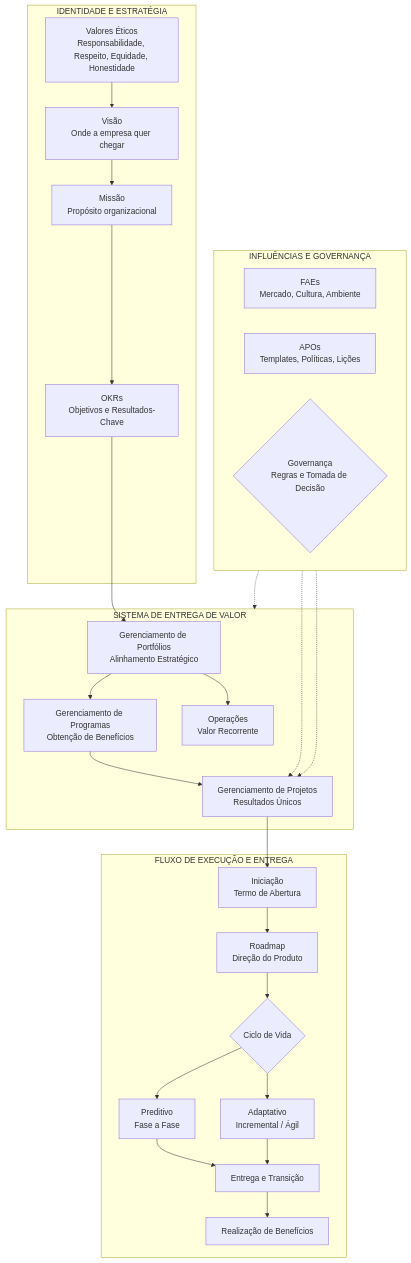
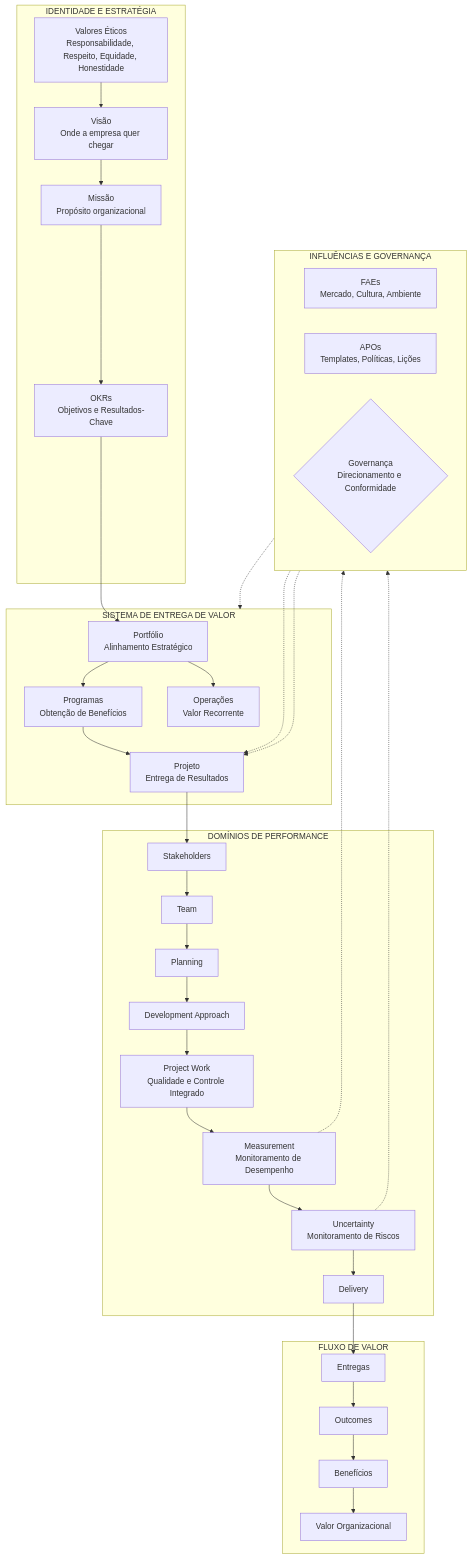
One commit to evandromucha/PM changed the diagram in ORG.md. Above: the diagram before and after it, drawn with Mermaid.

Commit message:
Update governance and delivery value sections in ORG.md

````diff
--- a/ORG.md
+++ b/ORG.md
@@ -1,58 +1,67 @@
 ```mermaid
 flowchart TD
 
 %% IDENTIDADE E ESTRATÉGIA
 subgraph Estrategia [IDENTIDADE E ESTRATÉGIA]
     VAL["Valores Éticos<br>Responsabilidade, Respeito, Equidade, Honestidade"]
     VIS["Visão<br>Onde a empresa quer chegar"]
     MIS["Missão<br>Propósito organizacional"]
     OKR["OKRs<br>Objetivos e Resultados-Chave"]
 
     VAL --> VIS --> MIS --> OKR
 end
 
 %% INFLUÊNCIAS E GOVERNANÇA
 subgraph Influencias [INFLUÊNCIAS E GOVERNANÇA]
     direction LR
     FAE["FAEs<br>Mercado, Cultura, Ambiente"]
     APO["APOs<br>Templates, Políticas, Lições"]
-    GOV{"Governança<br>Regras e Tomada de Decisão"}
+    GOV{"Governança<br>Direcionamento e Conformidade"}
 end
 
 %% SISTEMA DE ENTREGA DE VALOR
 subgraph GOP [SISTEMA DE ENTREGA DE VALOR]
-    PORT["Gerenciamento de Portfólios<br>Alinhamento Estratégico"]
-    PROG["Gerenciamento de Programas<br>Obtenção de Benefícios"]
-    PROJ["Gerenciamento de Projetos<br>Resultados Únicos"]
+    PORT["Portfólio<br>Alinhamento Estratégico"]
+    PROG["Programas<br>Obtenção de Benefícios"]
+    PROJ["Projeto<br>Entrega de Resultados"]
     OPER["Operações<br>Valor Recorrente"]
 
     PORT --> PROG
     PROG --> PROJ
     PORT --> OPER
 end
 
-%% FLUXO DE EXECUÇÃO
-subgraph Fluxo [FLUXO DE EXECUÇÃO E ENTREGA]
-    START["Iniciação<br>Termo de Abertura"]
-    ROAD["Roadmap<br>Direção do Produto"]
-    LIFE{"Ciclo de Vida"}
-    PRED["Preditivo<br>Fase a Fase"]
-    ADAP["Adaptativo<br>Incremental / Ágil"]
-    ENTREGA["Entrega e Transição"]
-    BENE["Realização de Benefícios"]
+%% DOMÍNIOS DE PERFORMANCE DO PROJETO (PMBOK 7)
+subgraph Dominios [DOMÍNIOS DE PERFORMANCE]
+    STK["Stakeholders"]
+    TEAM["Team"]
+    PLAN["Planning"]
+    DEV["Development Approach"]
+    WORK["Project Work<br>Qualidade e Controle Integrado"]
+    MEAS["Measurement<br>Monitoramento de Desempenho"]
+    UNC["Uncertainty<br>Monitoramento de Riscos"]
+    DEL["Delivery"]
 
-    START --> ROAD --> LIFE
-    LIFE --> PRED
-    LIFE --> ADAP
-    PRED --> ENTREGA
-    ADAP --> ENTREGA
-    ENTREGA --> BENE
+    STK --> TEAM --> PLAN --> DEV --> WORK --> MEAS --> UNC --> DEL
 end
 
-%% CONEXÕES ENTRE CAMADAS
+%% FLUXO DE VALOR
+subgraph Valor [FLUXO DE VALOR]
+    ENT["Entregas"]
+    OUT["Outcomes"]
+    BEN["Benefícios"]
+    VALOR["Valor Organizacional"]
+
+    ENT --> OUT --> BEN --> VALOR
+end
+
+%% CONEXÕES
 OKR --> PORT
-PROJ --> START
+PROJ --> STK
 FAE -.-> PROJ
 APO -.-> PROJ
 GOV -.-> GOP
+DEL --> ENT
+MEAS -.-> GOV
+UNC -.-> GOV
 ```
````
